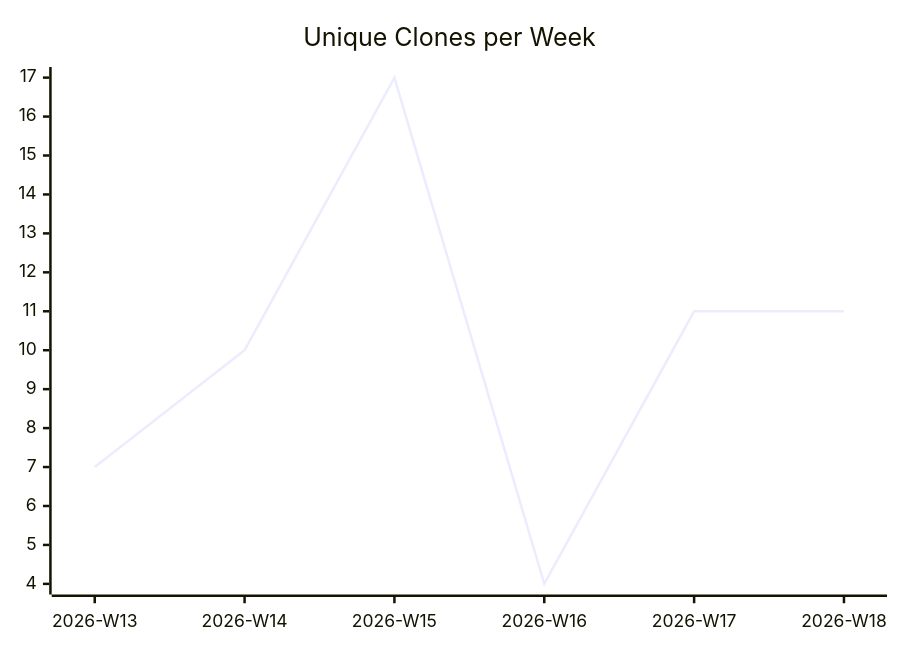
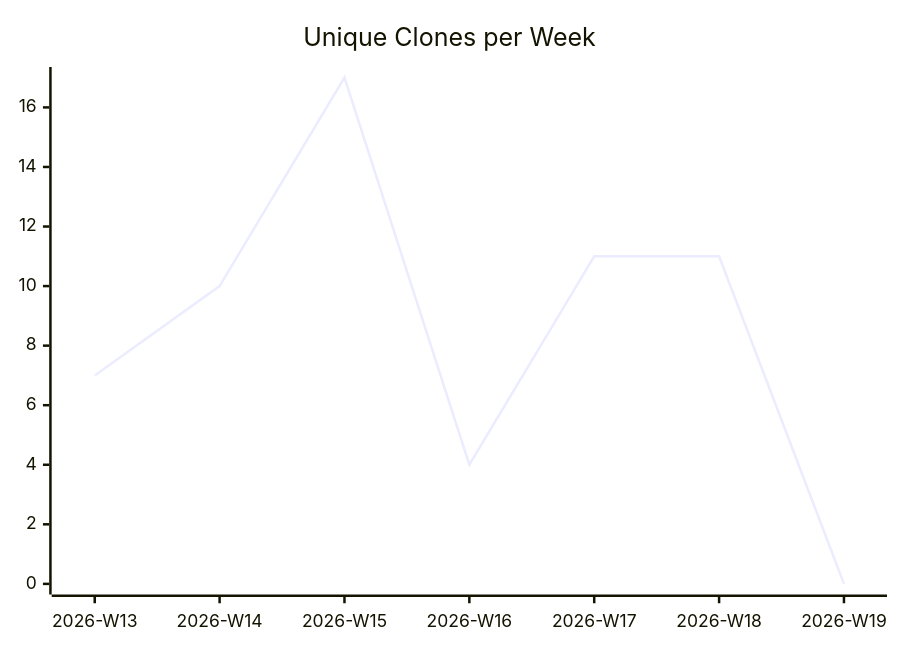
Before and after one commit to justdavis-family/github-analytics-data: the third of 3 diagrams in karlmdavis/ksoap2-android/README.md, drawn with Mermaid. The commit also changed other lines of this file and 187 other files, not shown here.

````diff
--- a/karlmdavis/ksoap2-android/README.md
+++ b/karlmdavis/ksoap2-android/README.md
@@ -19,6 +19,6 @@
 ```mermaid
 xychart-beta
   title "Unique Clones per Week"
-  x-axis ["2026-W13", "2026-W14", "2026-W15", "2026-W16", "2026-W17", "2026-W18"]
-  line [7, 10, 17, 4, 11, 11]
+  x-axis ["2026-W13", "2026-W14", "2026-W15", "2026-W16", "2026-W17", "2026-W18", "2026-W19"]
+  line [7, 10, 17, 4, 11, 11, 0]
 ```
````
